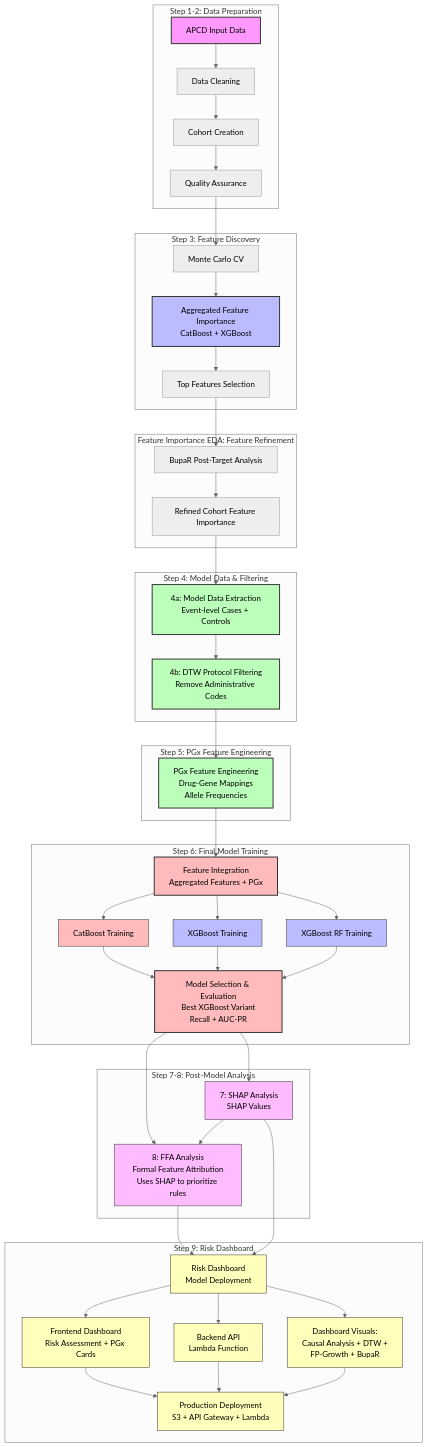
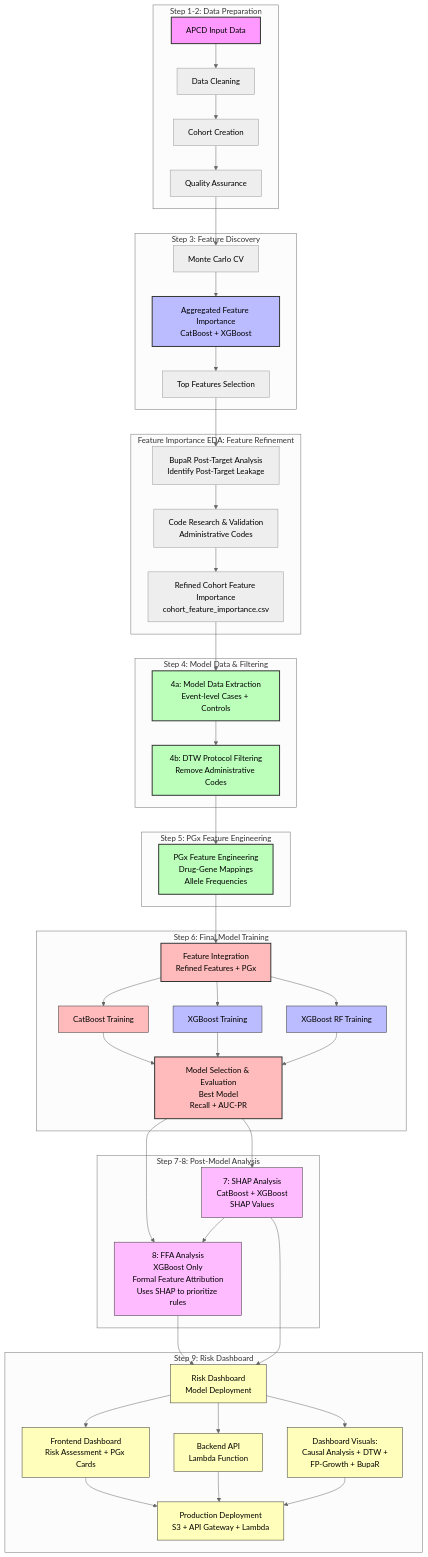
The diagram in README.md (Jerome3590/pgx-analysis), drawn with Mermaid (neutral theme) before and after one commit. The commit also changed other lines of this file and 2 other files, not shown here.

First line of the commit message:
Update README and mermaid charts to reflect correct workflow

````diff
--- a/README.md
+++ b/README.md
@@ -111,73 +111,74 @@
 ```mermaid
 flowchart TD
     subgraph "Step 1-2: Data Preparation"
         A1[APCD Input Data] --> A2[Data Cleaning]
         A2 --> A3[Cohort Creation]
         A3 --> A4[Quality Assurance]
     end
     
     subgraph "Step 3: Feature Discovery"
         A4 --> B1[Monte Carlo CV]
         B1 --> B2[Aggregated Feature Importance<br/>CatBoost + XGBoost]
         B2 --> B3[Top Features Selection]
     end
     
     subgraph "Feature Importance EDA: Feature Refinement"
-        B3 --> B4[BupaR Post-Target Analysis]
-        B4 --> B6[Refined Cohort Feature Importance]
+        B3 --> B4[BupaR Post-Target Analysis<br/>Identify Post-Target Leakage]
+        B4 --> B5[Code Research & Validation<br/>Administrative Codes]
+        B5 --> B6[Refined Cohort Feature Importance<br/>cohort_feature_importance.csv]
     end
     
     subgraph "Step 4: Model Data & Filtering"
         B6 --> C1[4a: Model Data Extraction<br/>Event-level Cases + Controls]
         C1 --> C2[4b: DTW Protocol Filtering<br/>Remove Administrative Codes]
     end
     
     subgraph "Step 5: PGx Feature Engineering"
         C2 --> D1[PGx Feature Engineering<br/>Drug-Gene Mappings<br/>Allele Frequencies]
     end
     
     subgraph "Step 6: Final Model Training"
-        D1 --> E1[Feature Integration<br/>Aggregated Features + PGx]
+        D1 --> E1[Feature Integration<br/>Refined Features + PGx]
         E1 --> E2[CatBoost Training]
         E1 --> E3[XGBoost Training]
         E1 --> E3a[XGBoost RF Training]
-        E2 --> E4[Model Selection & Evaluation<br/>Best XGBoost Variant<br/>Recall + AUC-PR]
+        E2 --> E4[Model Selection & Evaluation<br/>Best Model<br/>Recall + AUC-PR]
         E3 --> E4
         E3a --> E4
     end
     
     subgraph "Step 7-8: Post-Model Analysis"
-        E4 --> F1[7: SHAP Analysis<br/>SHAP Values]
-        E4 --> F2[8: FFA Analysis<br/>Formal Feature Attribution<br/>Uses SHAP to prioritize rules]
+        E4 --> F1[7: SHAP Analysis<br/>CatBoost + XGBoost<br/>SHAP Values]
+        E4 --> F2[8: FFA Analysis<br/>XGBoost Only<br/>Formal Feature Attribution<br/>Uses SHAP to prioritize rules]
         F1 --> F2
     end
     
     subgraph "Step 9: Risk Dashboard"
         F2 --> G1[Risk Dashboard<br/>Model Deployment]
         F1 --> G1
         G1 --> G2[Frontend Dashboard<br/>Risk Assessment + PGx Cards]
         G1 --> G3[Backend API<br/>Lambda Function]
         G1 --> G4[Dashboard Visuals:<br/>Causal Analysis + DTW +<br/>FP-Growth + BupaR]
         G2 --> G5[Production Deployment<br/>S3 + API Gateway + Lambda]
         G3 --> G5
         G4 --> G5
     end
     
     style A1 fill:#f9f,stroke:#333,stroke-width:2px
     style B2 fill:#bbf,stroke:#333,stroke-width:2px
     style C1 fill:#bfb,stroke:#333,stroke-width:2px
     style C2 fill:#bfb,stroke:#333,stroke-width:2px
     style D1 fill:#bfb,stroke:#333,stroke-width:2px
     style E1 fill:#fbb,stroke:#333,stroke-width:2px
     style E2 fill:#fbb,stroke:#333,stroke-width:2px    %% CatBoost
     style E3 fill:#bbf,stroke:#333,stroke-width:2px    %% XGBoost
     style E3a fill:#bbf,stroke:#333,stroke-width:2px   %% XGBoost RF
     style E4 fill:#fbb,stroke:#333,stroke-width:2px
     style F1 fill:#fbf,stroke:#333,stroke-width:2px    %% SHAP Analysis
     style F2 fill:#fbf,stroke:#333,stroke-width:2px    %% FFA Analysis
     style G1 fill:#ffb,stroke:#333,stroke-width:2px    %% Risk Dashboard
     style G2 fill:#ffb,stroke:#333,stroke-width:2px    %% Frontend
     style G3 fill:#ffb,stroke:#333,stroke-width:2px    %% Backend
     style G4 fill:#ffb,stroke:#333,stroke-width:2px    %% Visualizations
     style G5 fill:#ffb,stroke:#333,stroke-width:2px    %% Deployment
 ```
````
